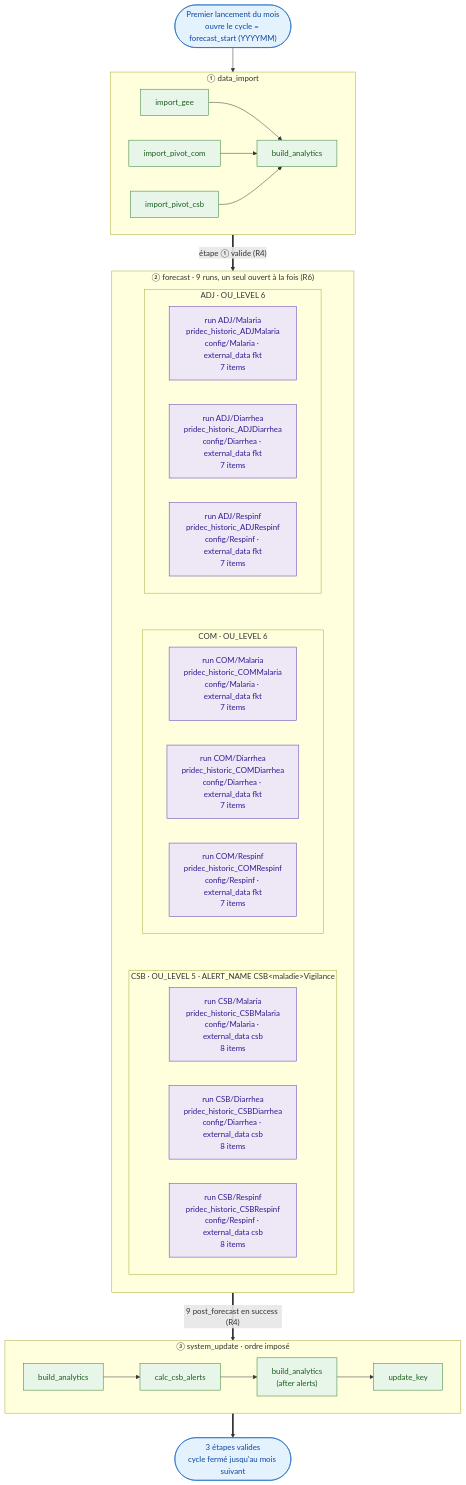
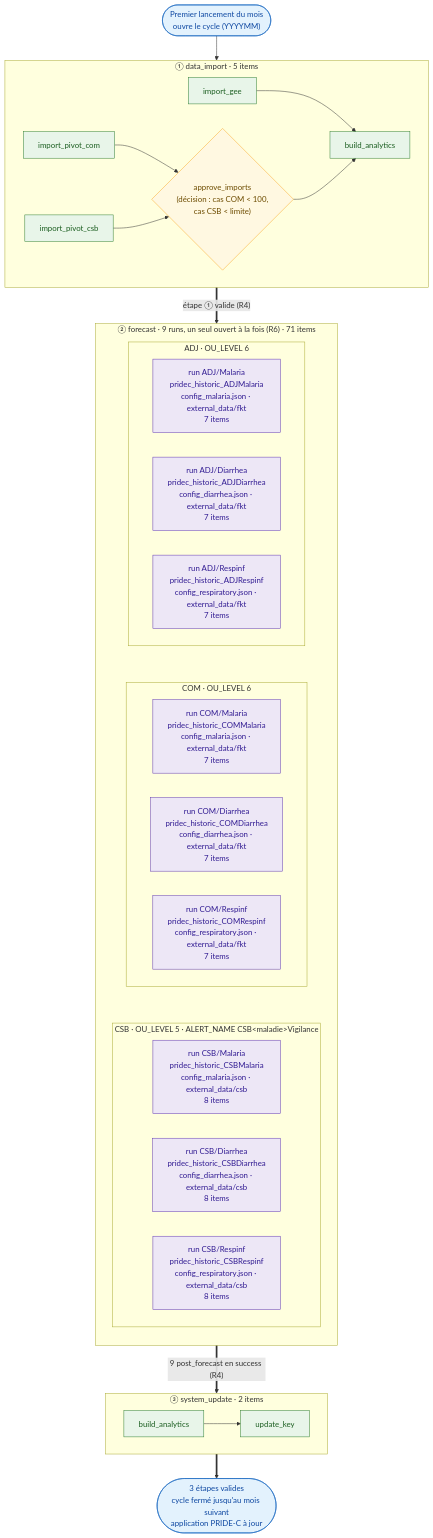
One commit to Pivot-Madagascar/pridec-docker changed the first of 8 diagrams in etlhub/docs/pipeline-checkpoints-diagrams.md. Above: the diagram before and after it, drawn with Mermaid. The commit also changed other lines of this file and 6 other files, not shown here.

````diff
--- a/etlhub/docs/pipeline-checkpoints-diagrams.md
+++ b/etlhub/docs/pipeline-checkpoints-diagrams.md
@@ -37,53 +40,56 @@
 ```mermaid
 flowchart TB
-    START(["Premier lancement du mois<br/>ouvre le cycle = forecast_start (YYYYMM)"])
+    START(["Premier lancement du mois<br/>ouvre le cycle (YYYYMM)"])
 
-    subgraph S1["① data_import"]
+    subgraph S1["① data_import · 5 items"]
         direction LR
         gee["import_gee"] --> ba1["build_analytics"]
-        pcom["import_pivot_com"] --> ba1
-        pcsb["import_pivot_csb"] --> ba1
+        pcom["import_pivot_com"] --> chk
+        pcsb["import_pivot_csb"] --> chk
+        chk{"approve_imports<br/>(décision : cas COM &lt; 100,<br/>cas CSB &lt; limite)"} --> ba1
     end
 
-    subgraph S2["② forecast · 9 runs, un seul ouvert à la fois (R6)"]
+    subgraph S2["② forecast · 9 runs, un seul ouvert à la fois (R6) · 71 items"]
         direction TB
         subgraph SADJ["ADJ · OU_LEVEL 6"]
             direction LR
-            r1["run ADJ/Malaria<br/>pridec_historic_ADJMalaria<br/>config/Malaria · external_data fkt<br/>7 items"]
-            r2["run ADJ/Diarrhea<br/>pridec_historic_ADJDiarrhea<br/>config/Diarrhea · external_data fkt<br/>7 items"]
-            r3["run ADJ/Respinf<br/>pridec_historic_ADJRespinf<br/>config/Respinf · external_data fkt<br/>7 items"]
+            r1["run ADJ/Malaria<br/>pridec_historic_ADJMalaria<br/>config_malaria.json · external_data/fkt<br/>7 items"]
+            r2["run ADJ/Diarrhea<br/>pridec_historic_ADJDiarrhea<br/>config_diarrhea.json · external_data/fkt<br/>7 items"]
+            r3["run ADJ/Respinf<br/>pridec_historic_ADJRespinf<br/>config_respiratory.json · external_data/fkt<br/>7 items"]
         end
         subgraph SCOM["COM · OU_LEVEL 6"]
             direction LR
-            r4["run COM/Malaria<br/>pridec_historic_COMMalaria<br/>config/Malaria · external_data fkt<br/>7 items"]
-            r5["run COM/Diarrhea<br/>pridec_historic_COMDiarrhea<br/>config/Diarrhea · external_data fkt<br/>7 items"]
-            r6["run COM/Respinf<br/>pridec_historic_COMRespinf<br/>config/Respinf · external_data fkt<br/>7 items"]
+            r4["run COM/Malaria<br/>pridec_historic_COMMalaria<br/>config_malaria.json · external_data/fkt<br/>7 items"]
+            r5["run COM/Diarrhea<br/>pridec_historic_COMDiarrhea<br/>config_diarrhea.json · external_data/fkt<br/>7 items"]
+            r6["run COM/Respinf<br/>pridec_historic_COMRespinf<br/>config_respiratory.json · external_data/fkt<br/>7 items"]
         end
         subgraph SCSB["CSB · OU_LEVEL 5 · ALERT_NAME CSB&lt;maladie&gt;Vigilance"]
             direction LR
-            r7["run CSB/Malaria<br/>pridec_historic_CSBMalaria<br/>config/Malaria · external_data csb<br/>8 items"]
-            r8["run CSB/Diarrhea<br/>pridec_historic_CSBDiarrhea<br/>config/Diarrhea · external_data csb<br/>8 items"]
-            r9["run CSB/Respinf<br/>pridec_historic_CSBRespinf<br/>config/Respinf · external_data csb<br/>8 items"]
+            r7["run CSB/Malaria<br/>pridec_historic_CSBMalaria<br/>config_malaria.json · external_data/csb<br/>8 items"]
+            r8["run CSB/Diarrhea<br/>pridec_historic_CSBDiarrhea<br/>config_diarrhea.json · external_data/csb<br/>8 items"]
+            r9["run CSB/Respinf<br/>pridec_historic_CSBRespinf<br/>config_respiratory.json · external_data/csb<br/>8 items"]
         end
         SADJ ~~~ SCOM ~~~ SCSB
     end
 
-    subgraph S3["③ system_update · ordre imposé"]
+    subgraph S3["③ system_update · 2 items"]
         direction LR
-        ba2["build_analytics"] --> alerts["calc_csb_alerts"] --> ba3["build_analytics<br/>(after alerts)"] --> key["update_key"]
+        ba2["build_analytics"] --> key["update_key"]
     end
 
-    END(["3 étapes valides<br/>cycle fermé jusqu'au mois suivant"])
+    END(["3 étapes valides<br/>cycle fermé jusqu'au mois suivant<br/>application PRIDE-C à jour"])
 
     START --> S1
     S1 ==>|"étape ① valide (R4)"| S2
     S2 ==>|"9 post_forecast en success (R4)"| S3
     S3 ==> END
 
     classDef item fill:#e8f5e9,stroke:#2e7d32,color:#1b5e20
+    classDef human fill:#fff8e1,stroke:#f9a825,color:#6d4c00
     classDef run fill:#ede7f6,stroke:#5e35b1,color:#311b92
     classDef edge fill:#e3f2fd,stroke:#1565c0,color:#0d47a1
-    class gee,pcom,pcsb,ba1,ba2,alerts,ba3,key item
+    class gee,pcom,pcsb,ba1,ba2,key item
+    class chk human
     class r1,r2,r3,r4,r5,r6,r7,r8,r9 run
     class START,END edge
 ```
````
